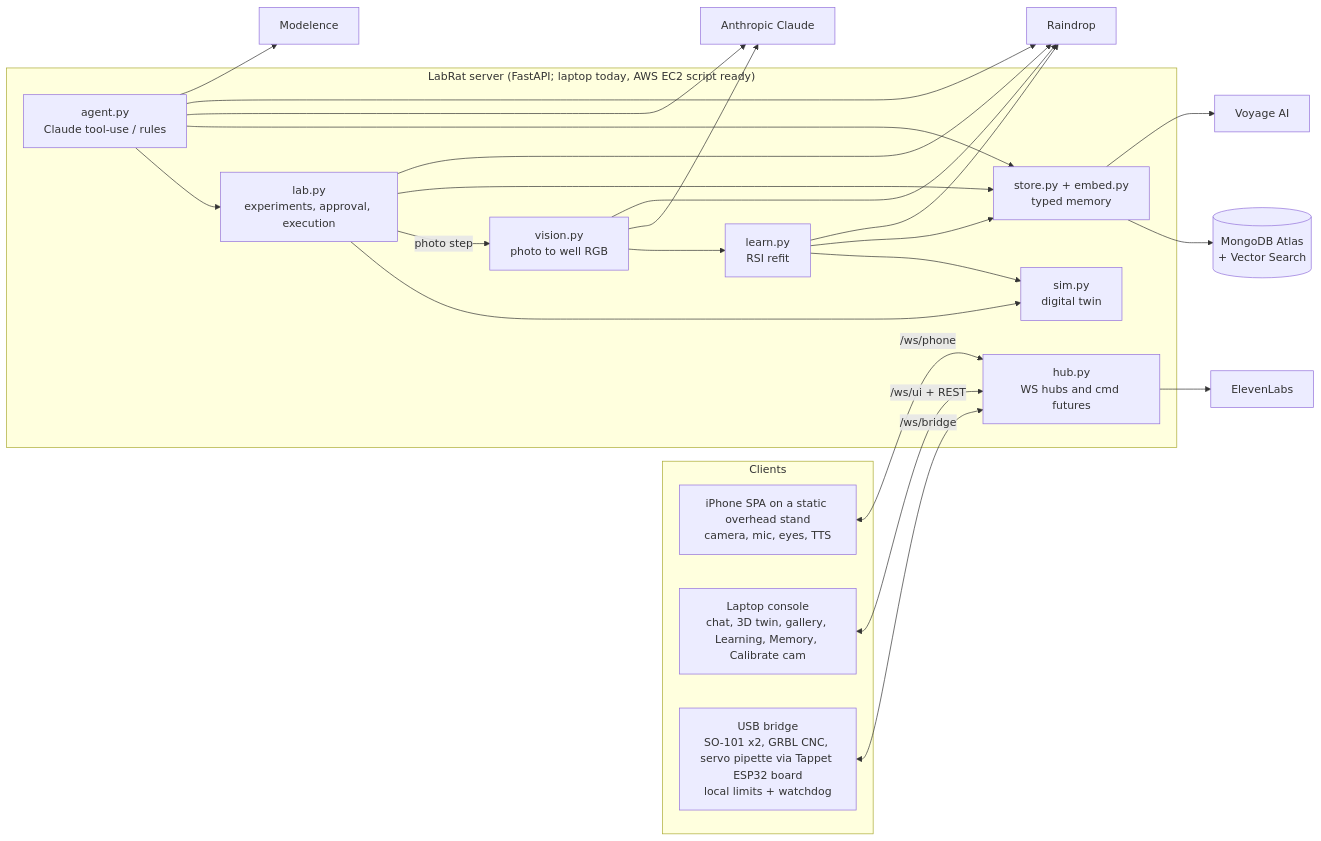
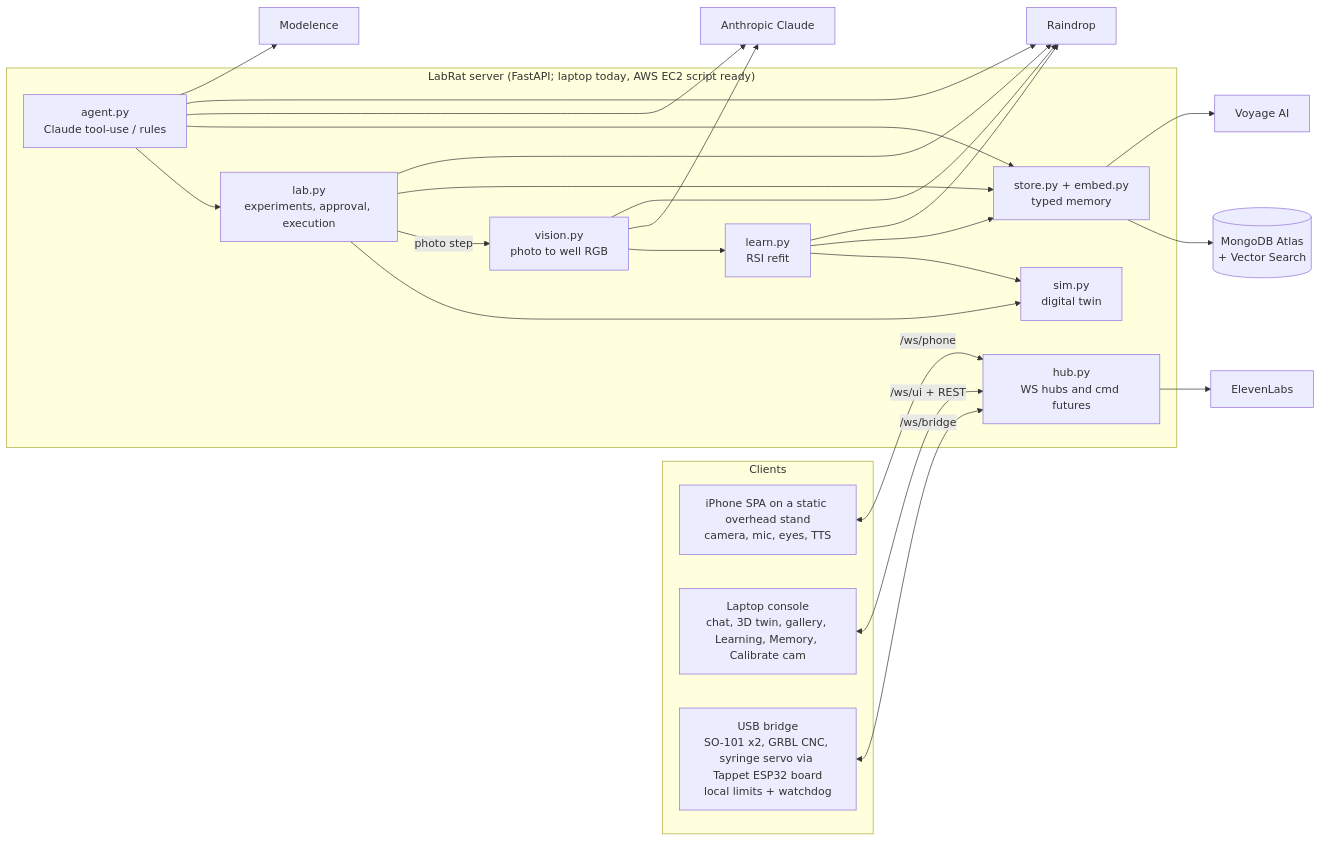
One commit to JacobFV/labrat changed the diagram in SUBMISSION.md. Above: the diagram before and after it, drawn with Mermaid. The commit also changed other lines of this file and 59 other files, not shown here.

````diff
--- a/SUBMISSION.md
+++ b/SUBMISSION.md
@@ -18,30 +18,30 @@
 ```mermaid
 flowchart LR
   subgraph Clients
     P[iPhone SPA on a static overhead stand<br/>camera, mic, eyes, TTS]
     W[Laptop console<br/>chat, 3D twin, gallery, Learning, Memory, Calibrate cam]
-    B[USB bridge<br/>SO-101 x2, GRBL CNC, servo pipette via Tappet ESP32 board<br/>local limits + watchdog]
+    B[USB bridge<br/>SO-101 x2, GRBL CNC, syringe servo via Tappet ESP32 board<br/>local limits + watchdog]
   end
   subgraph Server["LabRat server (FastAPI; laptop today, AWS EC2 script ready)"]
     H[hub.py<br/>WS hubs and cmd futures]
     A[agent.py<br/>Claude tool-use / rules]
     L[lab.py<br/>experiments, approval, execution]
     S[sim.py<br/>digital twin]
     V[vision.py<br/>photo to well RGB]
     R[learn.py<br/>RSI refit]
     M[store.py + embed.py<br/>typed memory]
   end
   P <-->|/ws/phone| H
   W <-->|/ws/ui + REST| H
   B <-->|/ws/bridge| H
   A --> L --> S
   L -->|photo step| V --> R --> S
   A & R & L --> M
   M --> Atlas[(MongoDB Atlas<br/>+ Vector Search)]
   M --> Voy[Voyage AI]
   A --> Claude[Anthropic Claude]
   V --> Claude
   H --> EL[ElevenLabs]
   A & L & R & V --> RD[Raindrop]
   A --> MD[Modelence]
 ```
````
